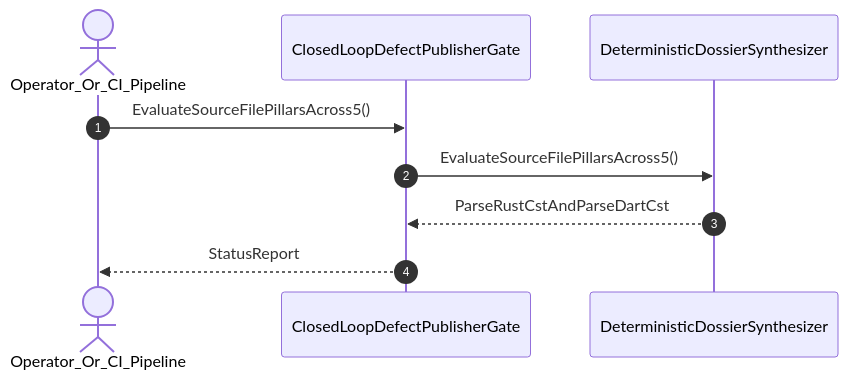
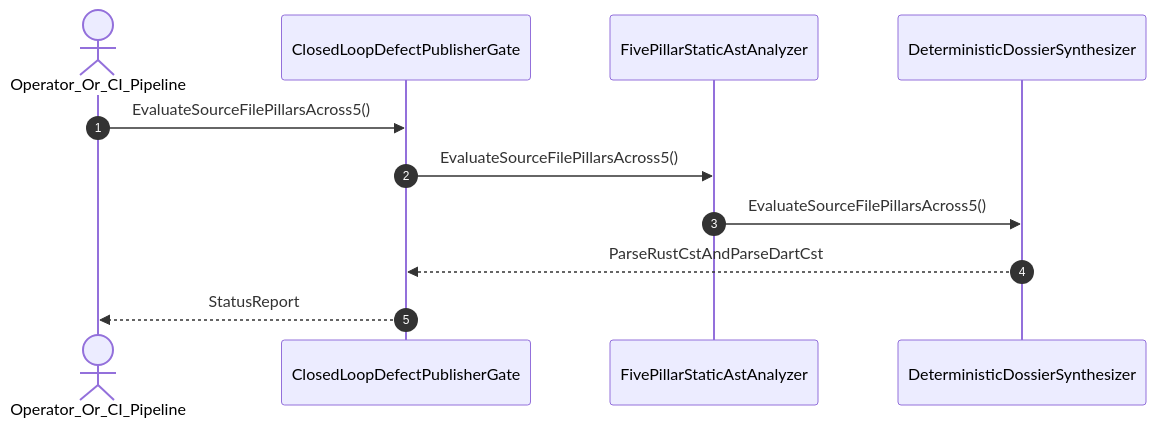
The diagram in .pipeline/upstream/docs/user-stories/US-39-EvaluateSourceFilePillarsAcross5.md (gintatkinson/DEAP01-spec-core), drawn with Mermaid before and after one commit. The commit also changed other lines of this file and 225 other files, not shown here.

````diff
--- a/.pipeline/upstream/docs/user-stories/US-39-EvaluateSourceFilePillarsAcross5.md
+++ b/.pipeline/upstream/docs/user-stories/US-39-EvaluateSourceFilePillarsAcross5.md
@@ -38,11 +39,13 @@
 ```mermaid
 sequenceDiagram
     autonumber
     actor Operator_Or_CI_Pipeline
     participant ClosedLoopDefectPublisherGate
+    participant FivePillarStaticAstAnalyzer
     participant DeterministicDossierSynthesizer
     Operator_Or_CI_Pipeline->>ClosedLoopDefectPublisherGate: EvaluateSourceFilePillarsAcross5()
-    ClosedLoopDefectPublisherGate->>DeterministicDossierSynthesizer: EvaluateSourceFilePillarsAcross5()
+    ClosedLoopDefectPublisherGate->>FivePillarStaticAstAnalyzer: EvaluateSourceFilePillarsAcross5()
+    FivePillarStaticAstAnalyzer->>DeterministicDossierSynthesizer: EvaluateSourceFilePillarsAcross5()
     DeterministicDossierSynthesizer-->>ClosedLoopDefectPublisherGate: ParseRustCstAndParseDartCst
     ClosedLoopDefectPublisherGate-->>Operator_Or_CI_Pipeline: StatusReport
 ```
````
